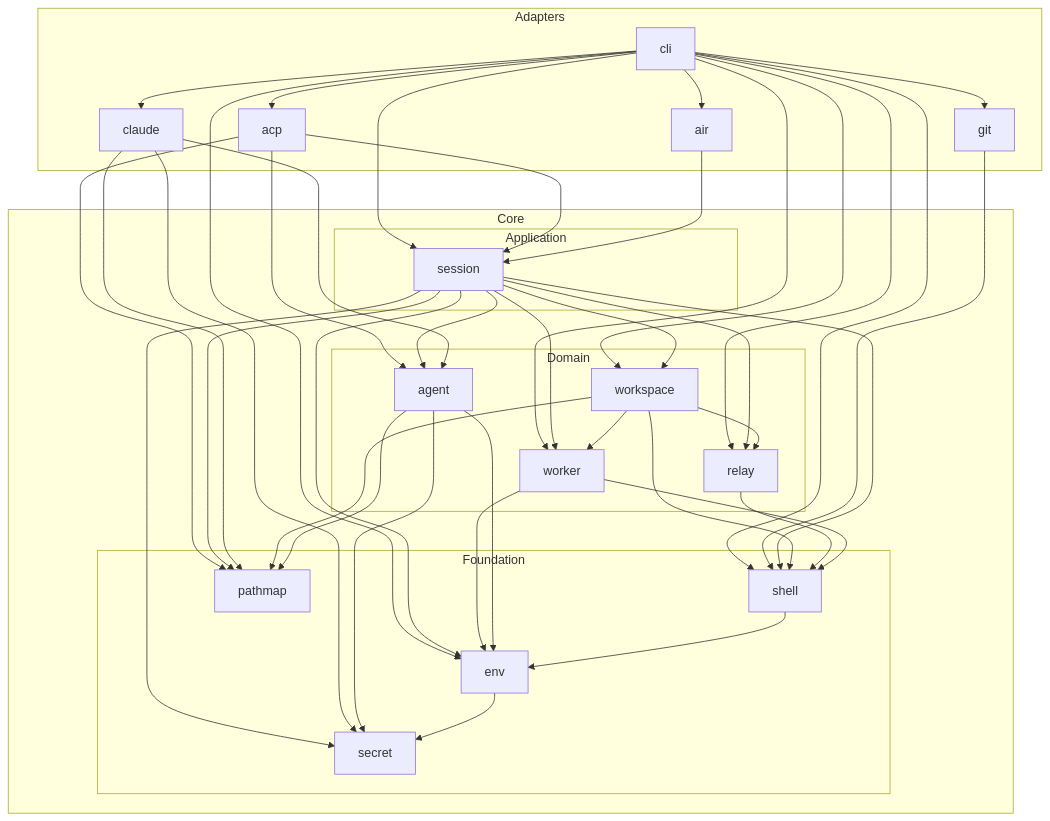
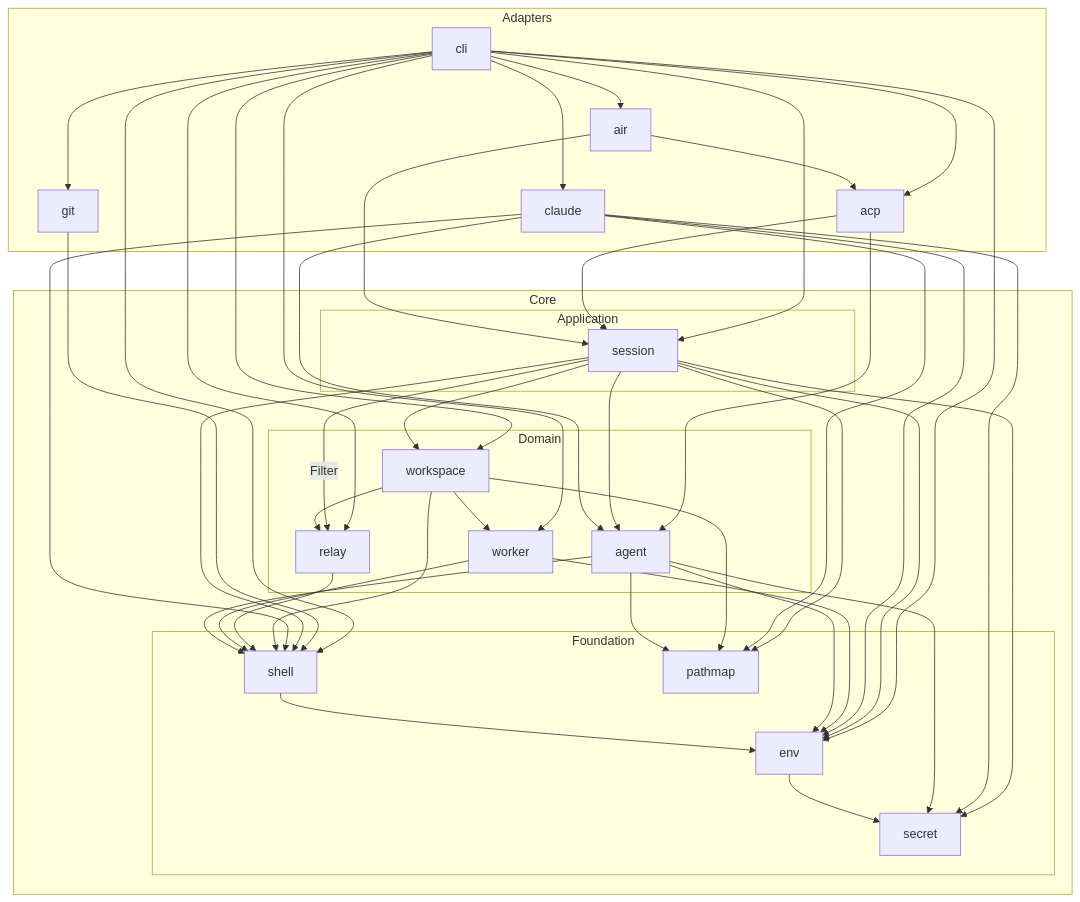
Before and after one commit to zerlok/hermod: the sixth of 15 diagrams in docs/ARCHITECTURE.md, drawn with Mermaid. The commit also changed other lines of this file and 7 other files, not shown here.

````diff
--- a/docs/ARCHITECTURE.md
+++ b/docs/ARCHITECTURE.md
@@ -285,65 +287,67 @@
 ```mermaid
 flowchart TD
     subgraph adapters["Adapters"]
         cli
         git
         acp
         air
         claude
     end
     subgraph core["Core"]
         subgraph app["Application"]
             session
         end
         subgraph domain["Domain"]
             workspace
             worker
             relay
             agent
         end
         subgraph foundation["Foundation"]
             shell
             env
             secret
             pathmap
         end
     end
     cli --> git
     cli --> acp
     cli --> session
     cli --> air
     cli --> claude
     cli --> workspace
     cli --> worker
     cli --> relay
     cli --> shell
     cli --> env
     git --> shell
     acp --> session
-    acp --> pathmap
     acp --> agent
+    air --> acp
     air --> session
     session --> workspace
     session --> agent
-    session --> worker
-    session --> relay
+    session -->|Filter| relay
     session --> pathmap
     session --> shell
     session --> env
     session --> secret
     claude --> agent
+    claude --> shell
     claude --> pathmap
+    claude --> env
     claude --> secret
     workspace --> relay
     workspace --> worker
     workspace --> pathmap
     workspace --> shell
     relay --> shell
     worker --> shell
     worker --> env
+    agent --> shell
     agent --> pathmap
     agent --> env
     agent --> secret
     shell --> env
     env --> secret
 ```
````
